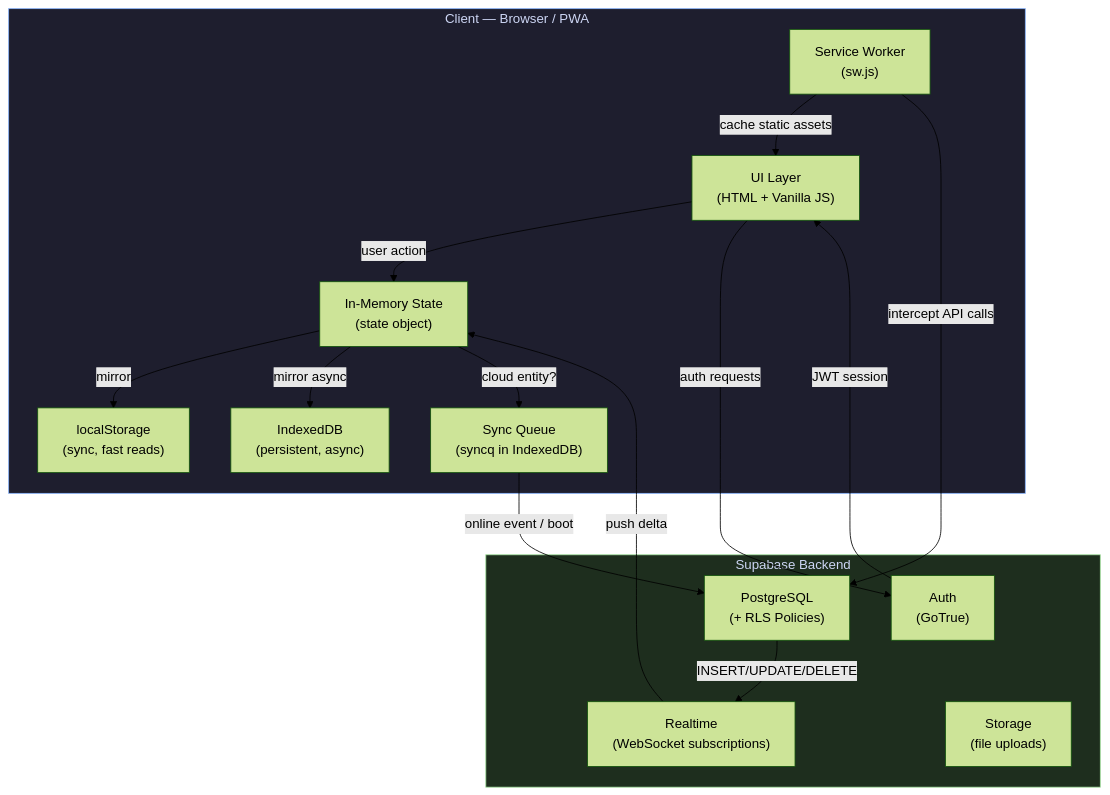
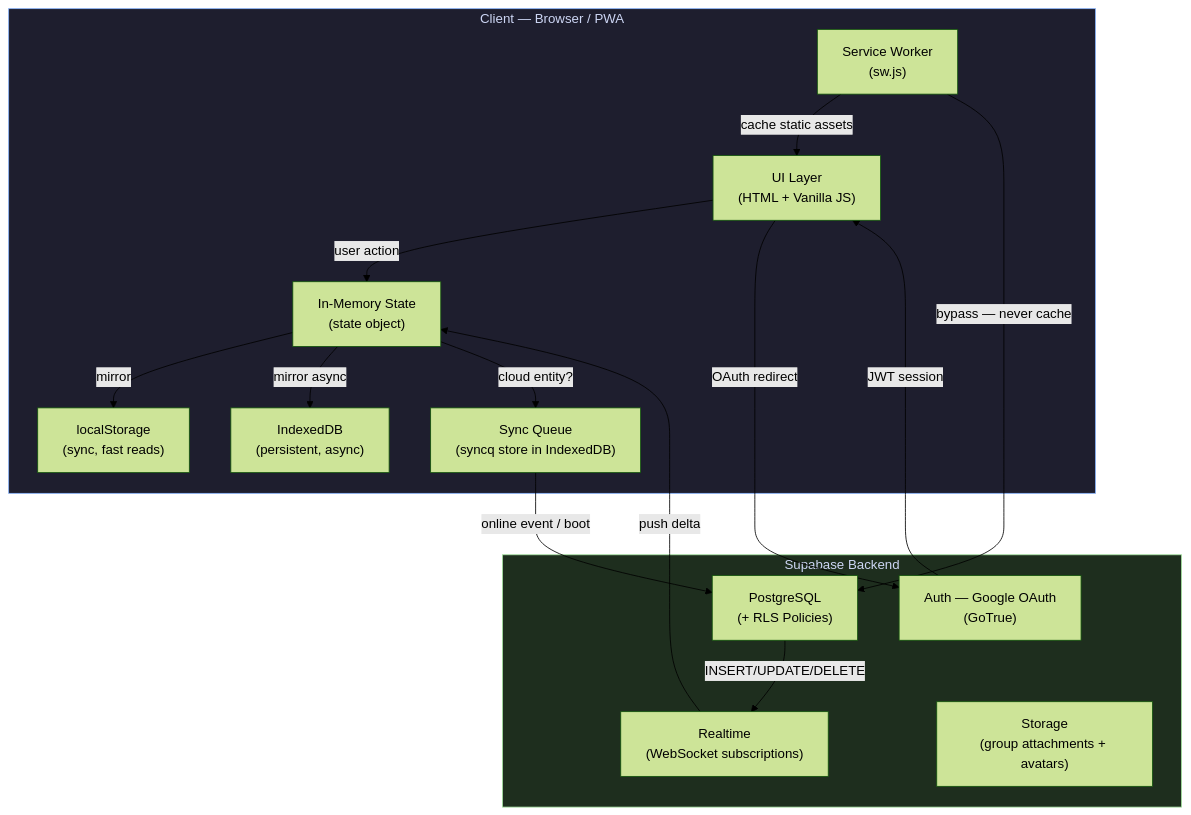
One commit to andrewleko19-boop/unimanager changed the first of 4 diagrams in docs/ARCHITECTURE.md. Above: the diagram before and after it, drawn with Mermaid (forest theme). The commit also changed other lines of this file and 1 other file, not shown here.

Commit message:
docs: update README and ARCHITECTURE with corrected facts and diagrams

````diff
--- a/docs/ARCHITECTURE.md
+++ b/docs/ARCHITECTURE.md
@@ -68,36 +70,36 @@
 ```mermaid
 graph TB
     subgraph Client ["Client — Browser / PWA"]
         UI["UI Layer<br/>(HTML + Vanilla JS)"]
         STATE["In-Memory State<br/>(state object)"]
         LS["localStorage<br/>(sync, fast reads)"]
         IDB["IndexedDB<br/>(persistent, async)"]
-        SYNCQ["Sync Queue<br/>(syncq in IndexedDB)"]
+        SYNCQ["Sync Queue<br/>(syncq store in IndexedDB)"]
         SW["Service Worker<br/>(sw.js)"]
     end
 
     subgraph Supabase ["Supabase Backend"]
-        AUTH["Auth<br/>(GoTrue)"]
+        AUTH["Auth — Google OAuth<br/>(GoTrue)"]
         DB["PostgreSQL<br/>(+ RLS Policies)"]
         RT["Realtime<br/>(WebSocket subscriptions)"]
-        STORAGE["Storage<br/>(file uploads)"]
+        STORAGE["Storage<br/>(group attachments + avatars)"]
     end
 
     UI -->|"user action"| STATE
     STATE -->|"mirror"| LS
     STATE -->|"mirror async"| IDB
     STATE -->|"cloud entity?"| SYNCQ
 
     SYNCQ -->|"online event / boot"| DB
     DB -->|"INSERT/UPDATE/DELETE"| RT
     RT -->|"push delta"| STATE
 
-    UI -->|"auth requests"| AUTH
+    UI -->|"OAuth redirect"| AUTH
     AUTH -->|"JWT session"| UI
 
     SW -->|"cache static assets"| UI
-    SW -->|"intercept API calls"| DB
+    SW -->|"bypass — never cache"| DB
 
     style Client fill:#1e1e2e,stroke:#89b4fa,color:#cdd6f4
     style Supabase fill:#1e2e1e,stroke:#a6e3a1,color:#cdd6f4
 ```
````
